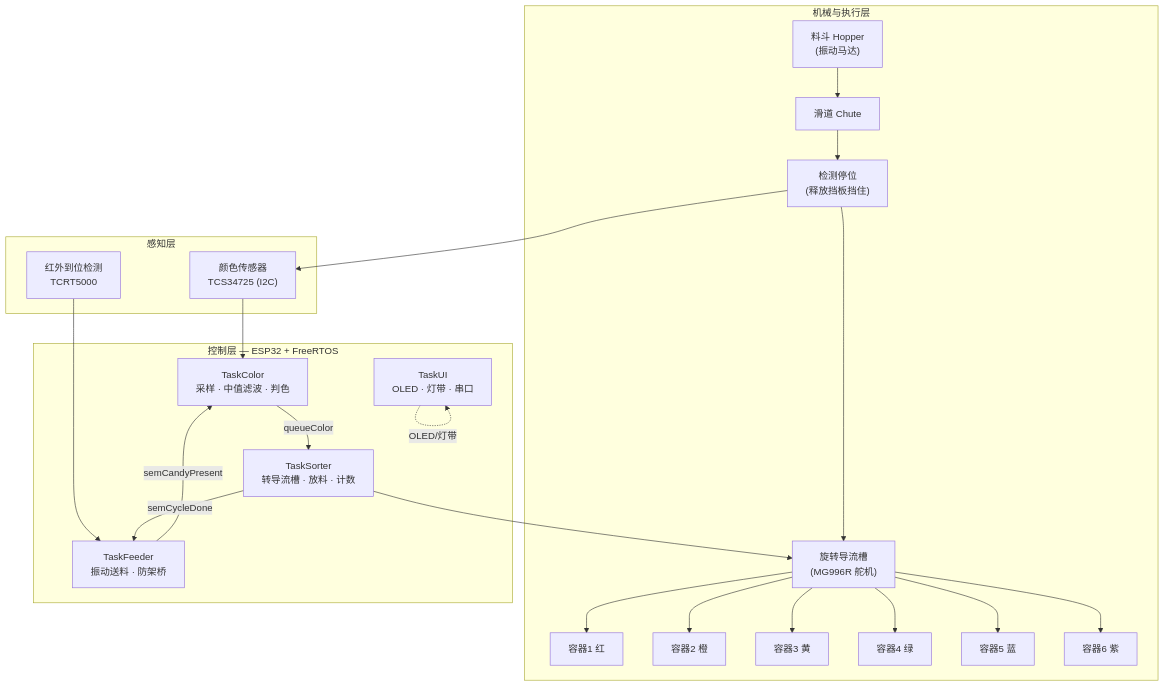
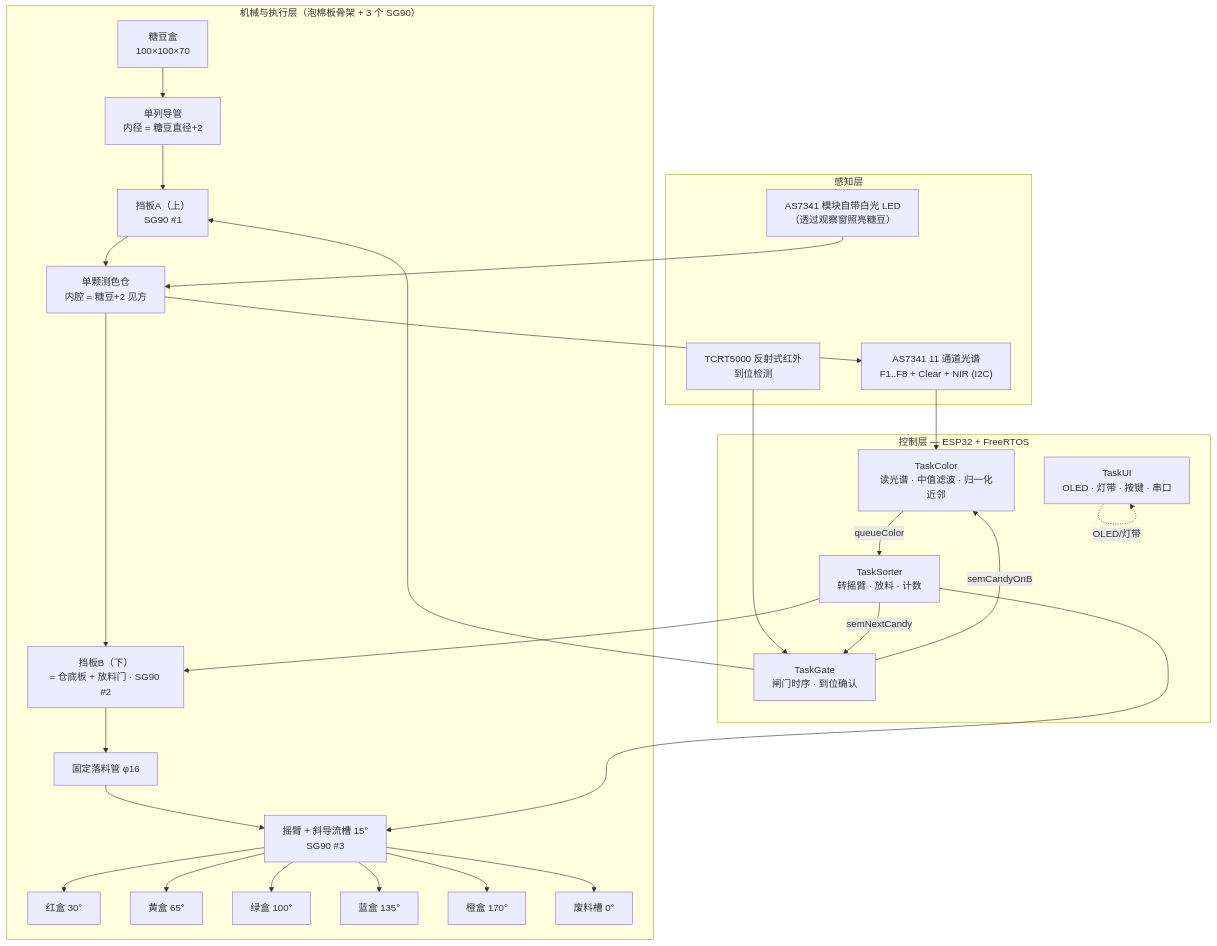
Before and after one commit to wfcccc/Candy-sorter: the first of 2 diagrams in docs/01_系统架构与技术栈.md, drawn with Mermaid. The commit also changed other lines of this file and 12 other files, not shown here.

````diff
--- a/docs/01_系统架构与技术栈.md
+++ b/docs/01_系统架构与技术栈.md
@@ -26,40 +39,46 @@
 ```mermaid
 flowchart TB
-    subgraph MECH["机械与执行层"]
-        HOP["料斗 Hopper<br/>(振动马达)"]
-        CHUTE["滑道 Chute"]
-        STOP["检测停位<br/>(释放挡板挡住)"]
-        DIV["旋转导流槽<br/>(MG996R 舵机)"]
-        B1["容器1 红"]
-        B2["容器2 橙"]
-        B3["容器3 黄"]
-        B4["容器4 绿"]
-        B5["容器5 蓝"]
-        B6["容器6 紫"]
+    subgraph MECH["机械与执行层（泡棉板骨架 + 3 个 SG90）"]
+        HOP["糖豆盒<br/>100×100×70"]
+        TUBE["单列导管<br/>内径 = 糖豆直径+2"]
+        GA["挡板A（上）<br/>SG90 #1"]
+        CH["单颗测色仓<br/>内腔 = 糖豆+2 见方"]
+        GB["挡板B（下）<br/>= 仓底板 + 放料门 · SG90 #2"]
+        NOZ["固定落料管 φ16"]
+        CHUTE["摇臂 + 斜导流槽 15°<br/>SG90 #3"]
+        B1["红盒 30°"]
+        B2["黄盒 65°"]
+        B3["绿盒 100°"]
+        B4["蓝盒 135°"]
+        B5["橙盒 170°"]
+        BW["废料槽 0°"]
     end
 
     subgraph SENSE["感知层"]
-        IR["红外到位检测<br/>TCRT5000"]
-        TCS["颜色传感器<br/>TCS34725 (I2C)"]
+        IR["TCRT5000 反射式红外<br/>到位检测"]
+        LED["AS7341 模块自带白光 LED<br/>（透过观察窗照亮糖豆）"]
+        SPEC["AS7341 11 通道光谱<br/>F1..F8 + Clear + NIR (I2C)"]
     end
 
     subgraph CTRL["控制层 — ESP32 + FreeRTOS"]
-        M1["TaskFeeder<br/>振动送料 · 防架桥"]
-        M2["TaskColor<br/>采样 · 中值滤波 · 判色"]
-        M3["TaskSorter<br/>转导流槽 · 放料 · 计数"]
-        M4["TaskUI<br/>OLED · 灯带 · 串口"]
+        M1["TaskGate<br/>闸门时序 · 到位确认"]
+        M2["TaskColor<br/>读光谱 · 中值滤波 · 归一化近邻"]
+        M3["TaskSorter<br/>转摇臂 · 放料 · 计数"]
+        M4["TaskUI<br/>OLED · 灯带 · 按键 · 串口"]
     end
 
-    HOP --> CHUTE --> STOP
+    HOP --> TUBE --> GA --> CH --> GB
+    LED --> CH
     IR --> M1
-    STOP --> TCS
-    TCS --> M2
-    STOP --> DIV
-    DIV --> B1 & B2 & B3 & B4 & B5 & B6
+    CH --> SPEC --> M2
+    GB --> NOZ --> CHUTE
+    CHUTE --> B1 & B2 & B3 & B4 & B5 & BW
 
-    M1 -- "semCandyPresent" --> M2
+    M1 -- "semCandyOnB" --> M2
     M2 -- "queueColor" --> M3
-    M3 -- "semCycleDone" --> M1
-    M3 --> DIV
+    M3 -- "semNextCandy" --> M1
+    M1 --> GA
+    M3 --> GB
+    M3 --> CHUTE
     M4 -.OLED/灯带.-> M4
 ```
````
